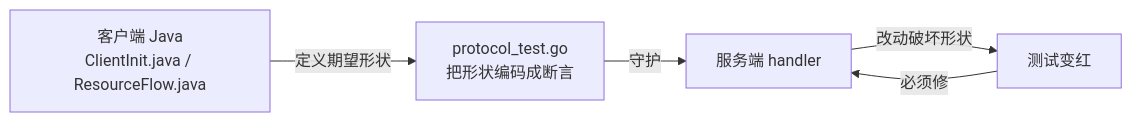
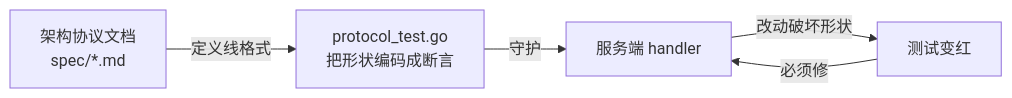
The first of 5 diagrams in docs/contributing/protocol-fidelity.md (MagirecoCN-Revival-Project/magireco-cnv-server), drawn with Mermaid before and after one commit. The commit also changed other lines of this file and 32 other files, not shown here.

````diff
--- a/docs/contributing/protocol-fidelity.md
+++ b/docs/contributing/protocol-fidelity.md
@@ -9,7 +11,7 @@
 ```mermaid
 flowchart LR
-    J["客户端 Java<br/>ClientInit.java / ResourceFlow.java"] -->|"定义期望形状"| T["protocol_test.go<br/>把形状编码成断言"]
+    D["架构协议文档<br/>spec/*.md"] -->|"定义线格式"| T["protocol_test.go<br/>把形状编码成断言"]
     T -->|"守护"| H["服务端 handler"]
     H -->|"改动破坏形状"| RED["测试变红"]
     RED -->|"必须修"| H
 ```
````
